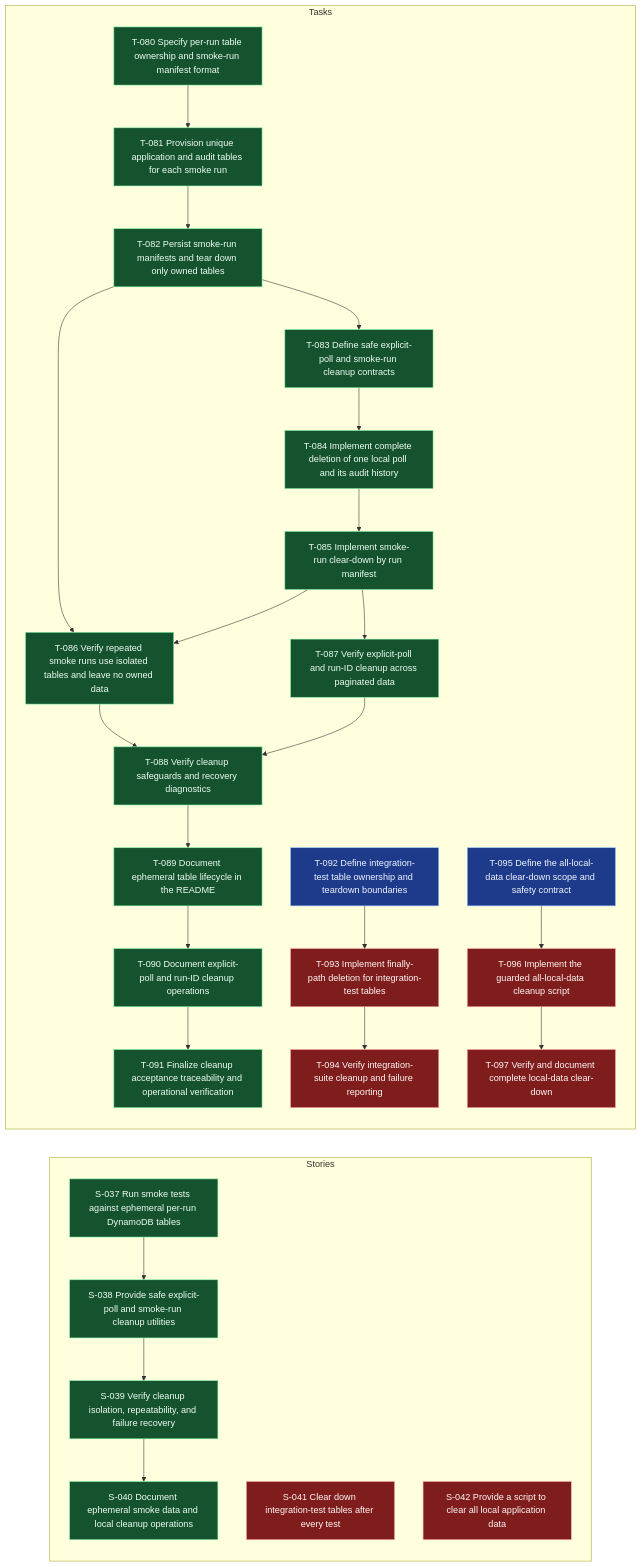
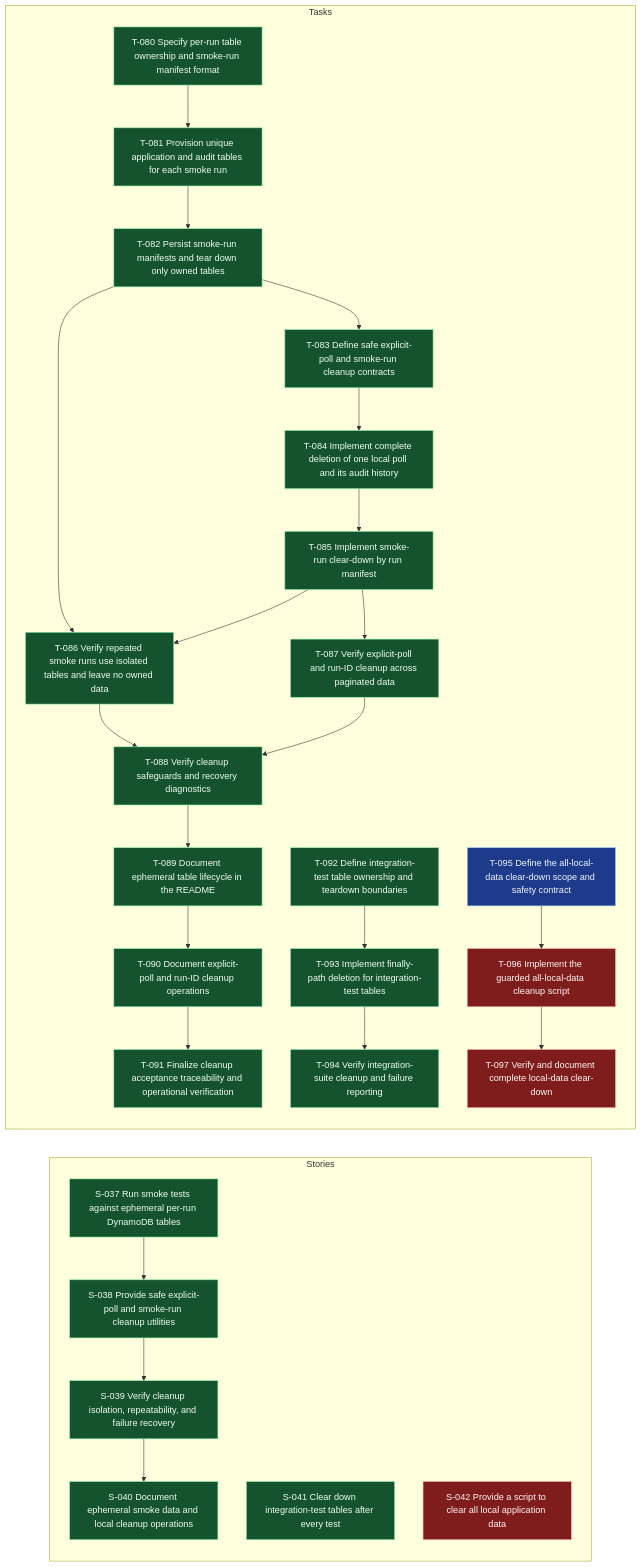
The diagram in .worktracker/graphs/E-011.mmd (andybalham/invite-agent), drawn with Mermaid before and after one commit. The commit also changed 26 other files, not shown here.

First line of the commit message:
Refactor integration tests and cleanup logic

```diff
--- a/.worktracker/graphs/E-011.mmd
+++ b/.worktracker/graphs/E-011.mmd
@@ -1,78 +1,78 @@
 graph LR
   classDef done fill:#14532d,stroke:#86efac,color:#f0fdf4;
   classDef blocked fill:#7f1d1d,stroke:#fca5a5,color:#fff7f7;
   classDef inprogress fill:#78350f,stroke:#fbbf24,color:#fffbeb;
   classDef todo fill:#1e3a8a,stroke:#93c5fd,color:#eff6ff;
   classDef empty fill:#374151,stroke:#d1d5db,color:#f9fafb,stroke-dasharray: 3 3;
   subgraph Stories
     S037["S-037 Run smoke tests against ephemeral per-run DynamoDB tables"]:::done
     S038["S-038 Provide safe explicit-poll and smoke-run cleanup utilities"]:::done
     S039["S-039 Verify cleanup isolation, repeatability, and failure recovery"]:::done
     S040["S-040 Document ephemeral smoke data and local cleanup operations"]:::done
-    S041["S-041 Clear down integration-test tables after every test"]:::blocked
+    S041["S-041 Clear down integration-test tables after every test"]:::done
     S042["S-042 Provide a script to clear all local application data"]:::blocked
     S037 --> S038
     S038 --> S039
     S039 --> S040
   end
   subgraph Tasks
     T080["T-080 Specify per-run table ownership and smoke-run manifest format"]:::done
     T081["T-081 Provision unique application and audit tables for each smoke run"]:::done
     T082["T-082 Persist smoke-run manifests and tear down only owned tables"]:::done
     T083["T-083 Define safe explicit-poll and smoke-run cleanup contracts"]:::done
     T084["T-084 Implement complete deletion of one local poll and its audit history"]:::done
     T085["T-085 Implement smoke-run clear-down by run manifest"]:::done
     T086["T-086 Verify repeated smoke runs use isolated tables and leave no owned data"]:::done
     T087["T-087 Verify explicit-poll and run-ID cleanup across paginated data"]:::done
     T088["T-088 Verify cleanup safeguards and recovery diagnostics"]:::done
     T089["T-089 Document ephemeral table lifecycle in the README"]:::done
     T090["T-090 Document explicit-poll and run-ID cleanup operations"]:::done
     T091["T-091 Finalize cleanup acceptance traceability and operational verification"]:::done
-    T092["T-092 Define integration-test table ownership and teardown boundaries"]:::todo
-    T093["T-093 Implement finally-path deletion for integration-test tables"]:::blocked
-    T094["T-094 Verify integration-suite cleanup and failure reporting"]:::blocked
+    T092["T-092 Define integration-test table ownership and teardown boundaries"]:::done
+    T093["T-093 Implement finally-path deletion for integration-test tables"]:::done
+    T094["T-094 Verify integration-suite cleanup and failure reporting"]:::done
     T095["T-095 Define the all-local-data clear-down scope and safety contract"]:::todo
     T096["T-096 Implement the guarded all-local-data cleanup script"]:::blocked
     T097["T-097 Verify and document complete local-data clear-down"]:::blocked
     T080 --> T081
     T081 --> T082
     T082 --> T083
     T082 --> T086
     T083 --> T084
     T084 --> T085
     T085 --> T086
     T085 --> T087
     T086 --> T088
     T087 --> T088
     T088 --> T089
     T089 --> T090
     T090 --> T091
     T092 --> T093
     T093 --> T094
     T095 --> T096
     T096 --> T097
   end
   click S037 "../entities/S-037-run-smoke-tests-against-ephemeral-per-run-dynamodb-tables.md"
   click S038 "../entities/S-038-provide-safe-explicit-poll-and-smoke-run-cleanup-utilities.md"
   click S039 "../entities/S-039-verify-cleanup-isolation-repeatability-and-failure-recovery.md"
   click S040 "../entities/S-040-document-ephemeral-smoke-data-and-local-cleanup-operations.md"
   click S041 "../entities/S-041-clear-down-integration-test-tables-after-every-test.md"
   click S042 "../entities/S-042-provide-a-script-to-clear-all-local-application-data.md"
   click T080 "../entities/T-080-specify-per-run-table-ownership-and-smoke-run-manifest-format.md"
   click T081 "../entities/T-081-provision-unique-application-and-audit-tables-for-each-smoke-run.md"
   click T082 "../entities/T-082-persist-smoke-run-manifests-and-tear-down-only-owned-tables.md"
   click T083 "../entities/T-083-define-safe-explicit-poll-and-smoke-run-cleanup-contracts.md"
   click T084 "../entities/T-084-implement-complete-deletion-of-one-local-poll-and-its-audit-history.md"
   click T085 "../entities/T-085-implement-smoke-run-clear-down-by-run-manifest.md"
   click T086 "../entities/T-086-verify-repeated-smoke-runs-use-isolated-tables-and-leave-no-owned-data.md"
   click T087 "../entities/T-087-verify-explicit-poll-and-run-id-cleanup-across-paginated-data.md"
   click T088 "../entities/T-088-verify-cleanup-safeguards-and-recovery-diagnostics.md"
   click T089 "../entities/T-089-document-ephemeral-table-lifecycle-in-the-readme.md"
   click T090 "../entities/T-090-document-explicit-poll-and-run-id-cleanup-operations.md"
   click T091 "../entities/T-091-finalize-cleanup-acceptance-traceability-and-operational-verification.md"
   click T092 "../entities/T-092-define-integration-test-table-ownership-and-teardown-boundaries.md"
   click T093 "../entities/T-093-implement-finally-path-deletion-for-integration-test-tables.md"
   click T094 "../entities/T-094-verify-integration-suite-cleanup-and-failure-reporting.md"
   click T095 "../entities/T-095-define-the-all-local-data-clear-down-scope-and-safety-contract.md"
   click T096 "../entities/T-096-implement-the-guarded-all-local-data-cleanup-script.md"
   click T097 "../entities/T-097-verify-and-document-complete-local-data-clear-down.md"
```
